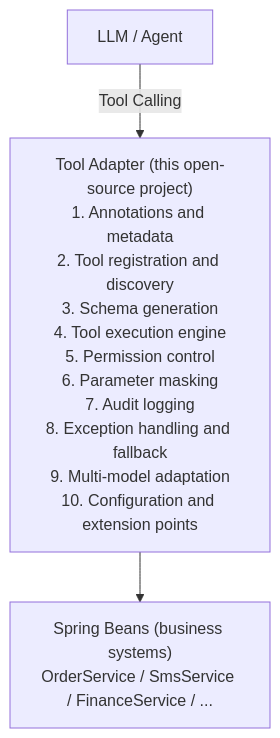
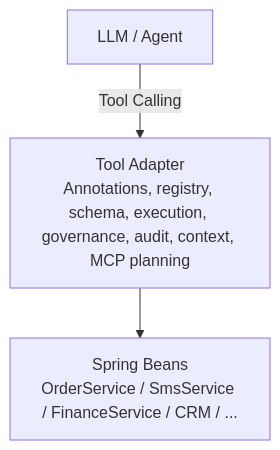
Before and after one commit to HaddenHunter/spring-ai-tool-adapter-: the diagram in functional-plan.md, drawn with Mermaid. The commit also changed other lines of this file and 5 other files, not shown here.

````diff
--- a/functional-plan.md
+++ b/functional-plan.md
@@ -5,9 +5,9 @@
 ```mermaid
 flowchart TB
   LLM["LLM / Agent"]
-  Adapter["Tool Adapter (this open-source project)<br/>1. Annotations and metadata<br/>2. Tool registration and discovery<br/>3. Schema generation<br/>4. Tool execution engine<br/>5. Permission control<br/>6. Parameter masking<br/>7. Audit logging<br/>8. Exception handling and fallback<br/>9. Multi-model adaptation<br/>10. Configuration and extension points"]
-  Beans["Spring Beans (business systems)<br/>OrderService / SmsService / FinanceService / ..."]
+  Adapter["Tool Adapter<br/>Annotations, registry, schema, execution, governance, audit, context, MCP planning"]
+  Beans["Spring Beans<br/>OrderService / SmsService / FinanceService / CRM / ..."]
 
   LLM -->|"Tool Calling"| Adapter
   Adapter --> Beans
 ```
````
